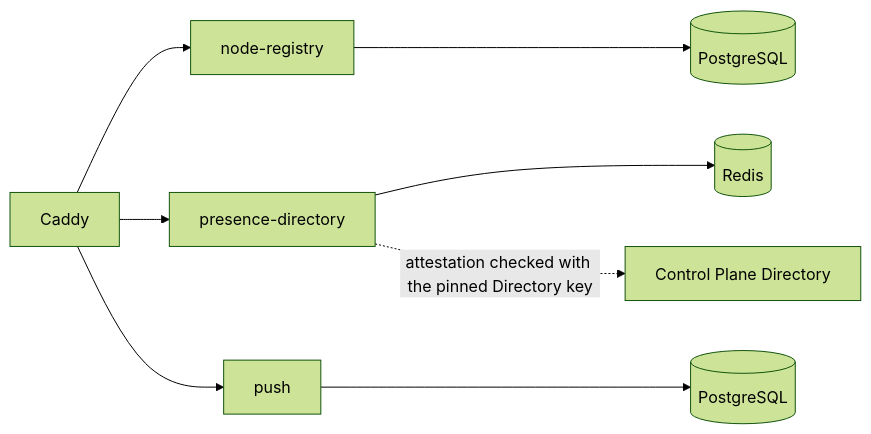
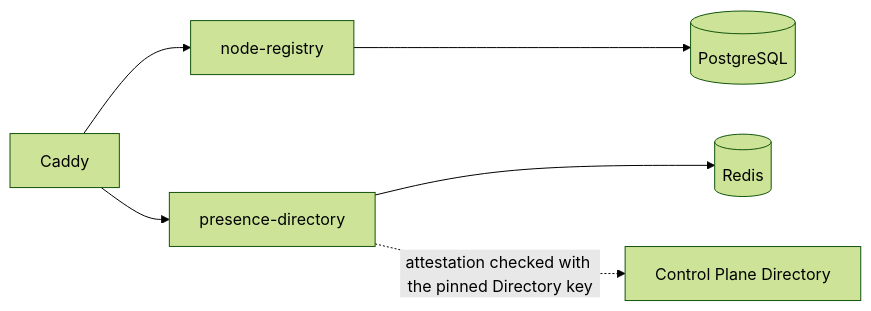
The diagram in docs/server/control-plane.md (cbgm/Sparrow), drawn with Mermaid (forest theme) before and after one commit. The commit also changed other lines of this file and 231 other files, not shown here.

````diff
--- a/docs/server/control-plane.md
+++ b/docs/server/control-plane.md
@@ -9,10 +9,8 @@
 ```mermaid
 flowchart LR
     C[Caddy] --> R[node-registry]
     C --> P[presence-directory]
-    C --> U[push]
     R --> RDB[(PostgreSQL)]
     P --> REDIS[(Redis)]
-    U --> UDB[(PostgreSQL)]
     P -. attestation checked with the pinned Directory key .-> D[Control Plane Directory]
 ```
````
